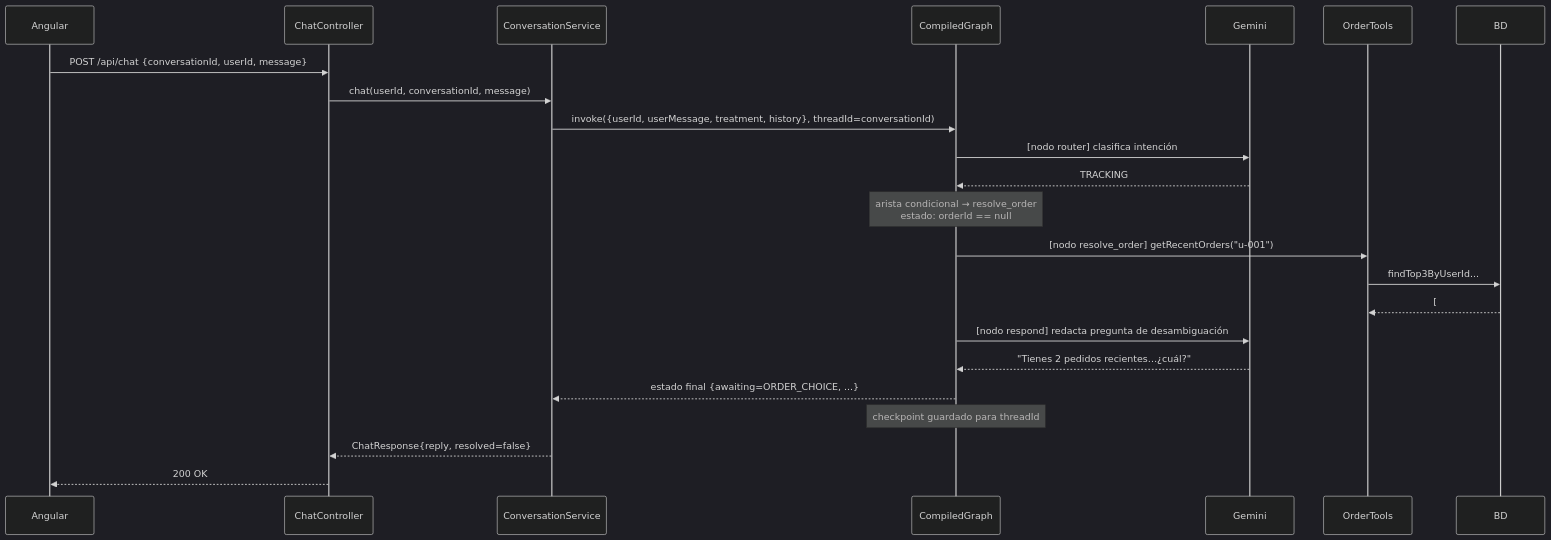
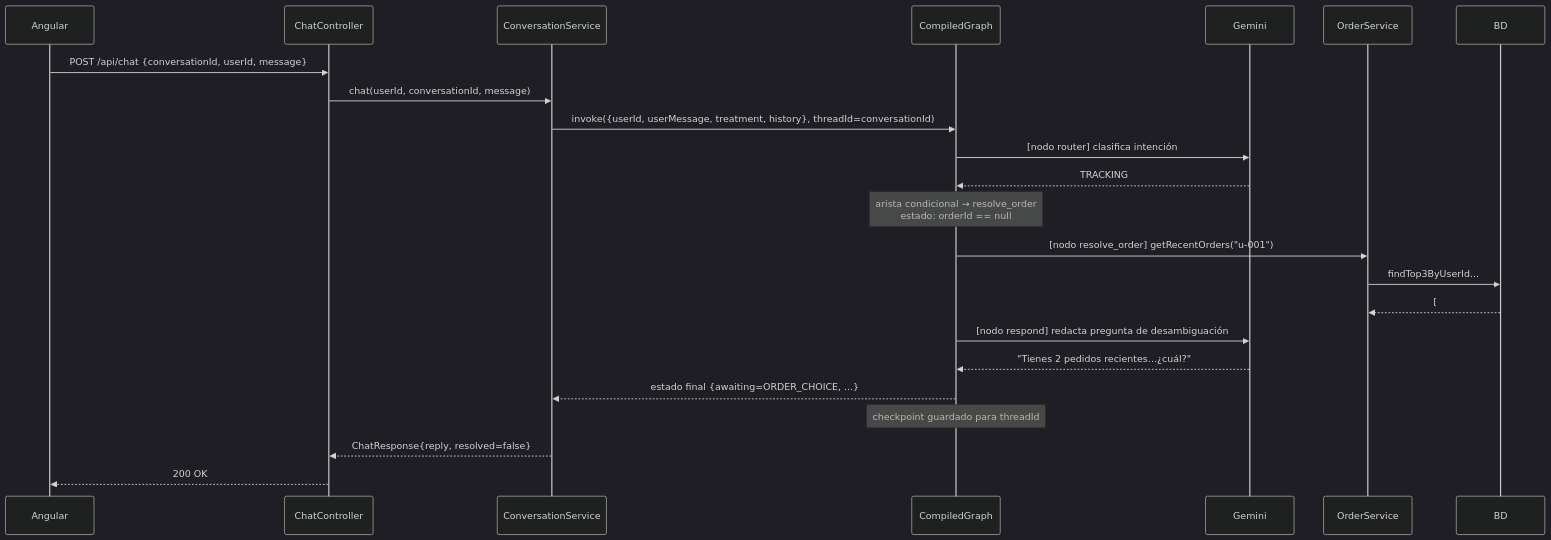
Before and after one commit to mikel0ne/ai-platform-portfolio: the third of 4 diagrams in l1-copilot/docs/arquitectura/02-arquitectura-sistema.md, drawn with Mermaid (dark theme). The commit also changed other lines of this file and 30 other files, not shown here.

````diff
--- a/l1-copilot/docs/arquitectura/02-arquitectura-sistema.md
+++ b/l1-copilot/docs/arquitectura/02-arquitectura-sistema.md
@@ -55,26 +55,26 @@
 ```mermaid
 sequenceDiagram
     participant A as Angular
     participant C as ChatController
     participant S as ConversationService
     participant G as CompiledGraph
     participant L as Gemini
-    participant T as OrderTools
+    participant T as OrderService
     participant D as BD
 
     A->>C: POST /api/chat {conversationId, userId, message}
     C->>S: chat(userId, conversationId, message)
     S->>G: invoke({userId, userMessage, treatment, history}, threadId=conversationId)
     G->>L: [nodo router] clasifica intención
     L-->>G: TRACKING
     Note over G: arista condicional → resolve_order<br/>estado: orderId == null
     G->>T: [nodo resolve_order] getRecentOrders("u-001")
     T->>D: findTop3ByUserId...
     D-->>T: [#123 portátil, #456 ratón]
     G->>L: [nodo respond] redacta pregunta de desambiguación
     L-->>G: "Tienes 2 pedidos recientes…¿cuál?"
     G-->>S: estado final {awaiting=ORDER_CHOICE, ...}
     Note over G: checkpoint guardado para threadId
     S-->>C: ChatResponse{reply, resolved=false}
     C-->>A: 200 OK
 ```
````
